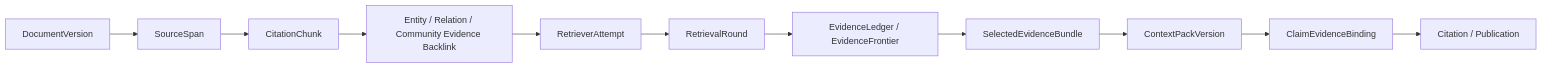
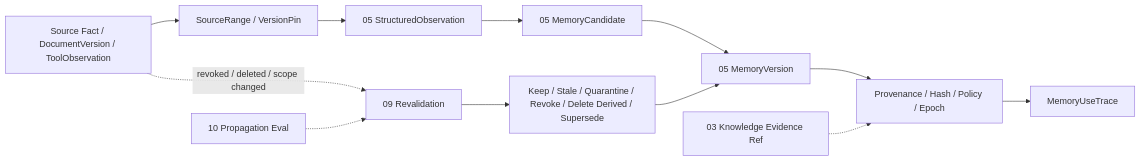
Before and after one commit to ProfessorZhi/Zuno: diagram 29 of 30 in docs/architecture/architecture-views.md, drawn with Mermaid. The commit also changed other lines of this file and 17 other files, not shown here.

Commit message:
docs: deepen memory extraction and lifecycle architecture

````diff
--- a/docs/architecture/architecture-views.md
+++ b/docs/architecture/architecture-views.md
@@ -536,13 +539,14 @@
 ```mermaid
 flowchart LR
-  DOC[DocumentVersion] --> SPAN[SourceSpan]
-  SPAN --> CHUNK[CitationChunk]
-  CHUNK --> GRAPH[Entity / Relation / Community Evidence Backlink]
-  GRAPH --> ATTEMPT[RetrieverAttempt]
-  ATTEMPT --> ROUND[RetrievalRound]
-  ROUND --> LEDGER[EvidenceLedger / EvidenceFrontier]
-  LEDGER --> BUNDLE[SelectedEvidenceBundle]
-  BUNDLE --> CONTEXT[ContextPackVersion]
-  CONTEXT --> CLAIM[ClaimEvidenceBinding]
-  CLAIM --> CITATION[Citation / Publication]
+  SOURCE[Source Fact / DocumentVersion / ToolObservation] --> RANGE[SourceRange / VersionPin]
+  RANGE --> OBS[05 StructuredObservation]
+  OBS --> CAND[05 MemoryCandidate]
+  CAND --> MV[05 MemoryVersion]
+  MV --> PROV[Provenance / Hash / Policy / Epoch]
+  PROV --> USE[MemoryUseTrace]
+  SOURCE -. revoked / deleted / scope changed .-> REVAL[09 Revalidation]
+  REVAL --> DISP[Keep / Stale / Quarantine / Revoke / Delete Derived / Supersede]
+  DISP --> MV
+  EVAL[10 Propagation Eval] -.-> REVAL
+  K[03 Knowledge Evidence Ref] -.-> PROV
 ```
````
